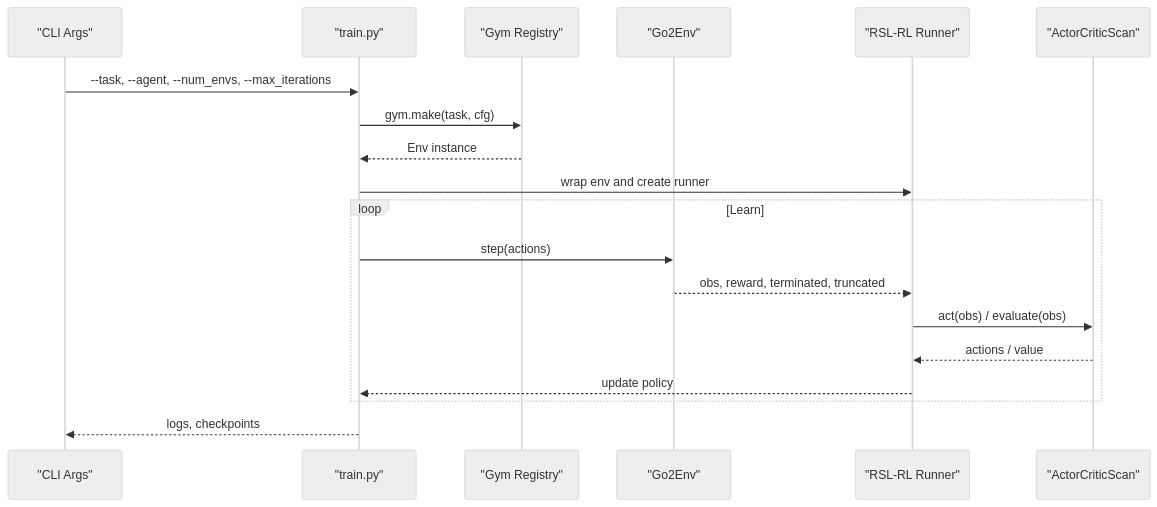
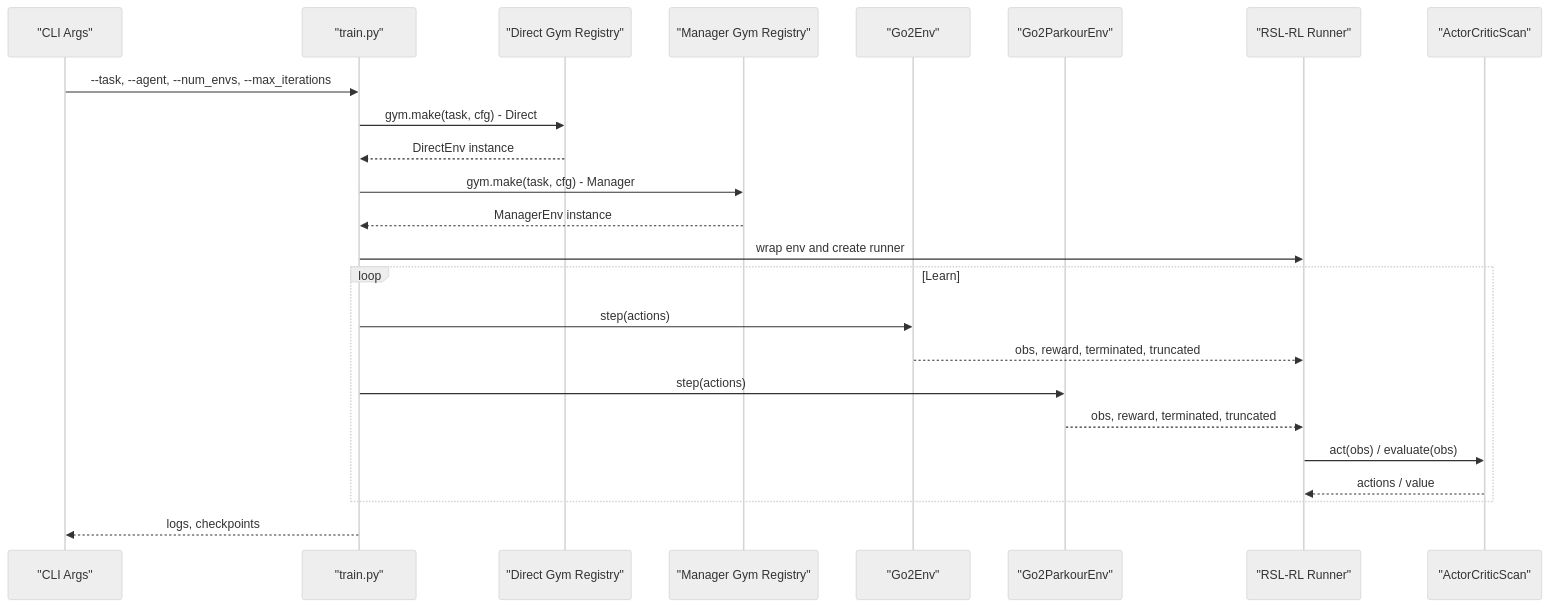
One commit to jayjayhust/extreme-quadruped-parkour changed the eighth of 9 diagrams in .qoder/repowiki/en/content/Go2 Environment System/Go2 Environment System.md. Above: the diagram before and after it, drawn with Mermaid (neutral theme). The commit also changed other lines of this file and 444 other files, not shown here.

````diff
--- a/.qoder/repowiki/en/content/Go2 Environment System/Go2 Environment System.md
+++ b/.qoder/repowiki/en/content/Go2 Environment System/Go2 Environment System.md
@@ -340,21 +500,26 @@
 ```mermaid
 sequenceDiagram
 participant CLI as "CLI Args"
 participant Train as "train.py"
-participant Gym as "Gym Registry"
-participant Env as "Go2Env"
+participant DirectGym as "Direct Gym Registry"
+participant ManagerGym as "Manager Gym Registry"
+participant DirectEnv as "Go2Env"
+participant ManagerEnv as "Go2ParkourEnv"
 participant Runner as "RSL-RL Runner"
 participant Policy as "ActorCriticScan"
 CLI->>Train : --task, --agent, --num_envs, --max_iterations
-Train->>Gym : gym.make(task, cfg)
-Gym-->>Train : Env instance
+Train->>DirectGym : gym.make(task, cfg) - Direct
+DirectGym-->>Train : DirectEnv instance
+Train->>ManagerGym : gym.make(task, cfg) - Manager
+ManagerGym-->>Train : ManagerEnv instance
 Train->>Runner : wrap env and create runner
 loop Learn
-Train->>Env : step(actions)
-Env-->>Runner : obs, reward, terminated, truncated
+Train->>DirectEnv : step(actions)
+DirectEnv-->>Runner : obs, reward, terminated, truncated
+Train->>ManagerEnv : step(actions)
+ManagerEnv-->>Runner : obs, reward, terminated, truncated
 Runner->>Policy : act(obs) / evaluate(obs)
 Policy-->>Runner : actions / value
-Runner-->>Train : update policy
 end
 Train-->>CLI : logs, checkpoints
 ```
````
